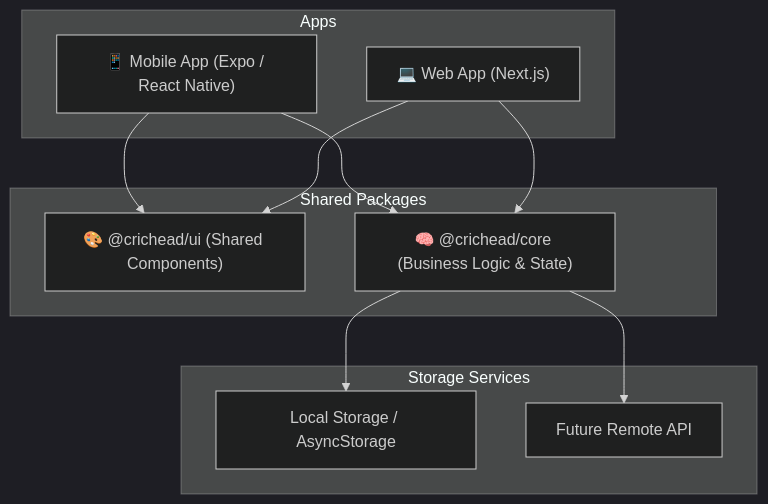
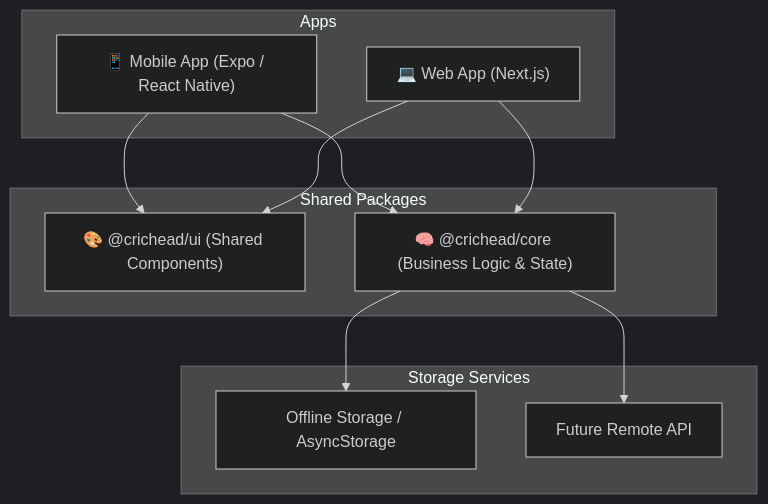
The diagram in ARCHITECTURE.md (balumuriraj/crichead), drawn with Mermaid (dark theme) before and after one commit. The commit also changed other lines of this file and 25 other files, not shown here.

First line of the commit message:
Refactor match storage to use offline storage provider

````diff
--- a/ARCHITECTURE.md
+++ b/ARCHITECTURE.md
@@ -8,24 +8,24 @@
 ```mermaid
 graph TD
     subgraph Apps
         MobileApp["📱 Mobile App (Expo / React Native)"]
         WebApp["💻 Web App (Next.js)"]
     end
 
     subgraph Packages["Shared Packages"]
         UI["🎨 @crichead/ui (Shared Components)"]
         Core["🧠 @crichead/core (Business Logic & State)"]
     end
 
     subgraph Backend["Storage Services"]
-        LocalStore["Local Storage / AsyncStorage"]
+        LocalStore["Offline Storage / AsyncStorage"]
         FutureRemote["Future Remote API"]
     end
 
     MobileApp --> UI
     MobileApp --> Core
     WebApp --> UI
     WebApp --> Core
     Core --> LocalStore
     Core --> FutureRemote
 ```
````
